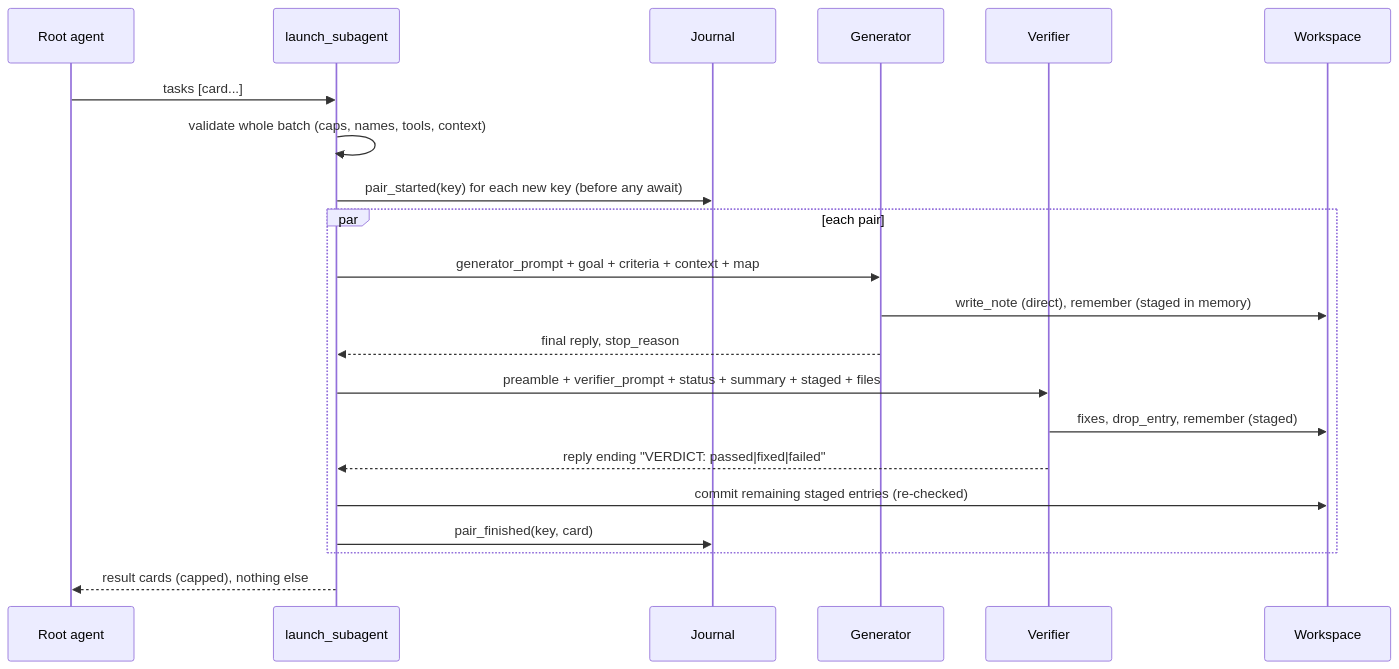
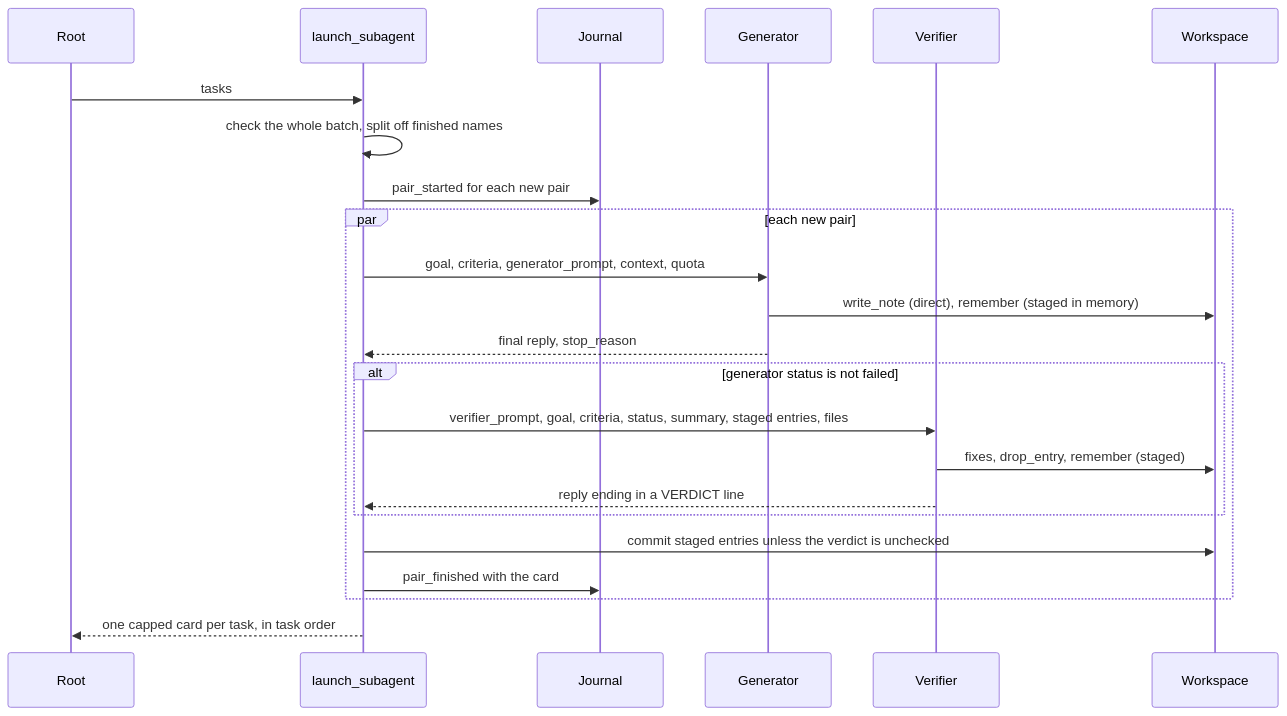
The second of 2 diagrams in docs/spec/infinite-memory-agent/spec.md (cerredz/Vidbyte-SDK), drawn with Mermaid before and after one commit. The commit also changed other lines of this file and 1 other file, not shown here.

Commit message:
docs(spec): finalize infinite-memory-agent for PR

````diff
--- a/docs/spec/infinite-memory-agent/spec.md
+++ b/docs/spec/infinite-memory-agent/spec.md
@@ -141,23 +149,25 @@
 ```mermaid
 sequenceDiagram
-  participant R as Root agent
+  participant R as Root
   participant T as launch_subagent
   participant J as Journal
   participant G as Generator
   participant V as Verifier
   participant W as Workspace
-  R->>T: tasks [card...]
-  T->>T: validate whole batch (caps, names, tools, context)
-  T->>J: pair_started(key) for each new key (before any await)
-  par each pair
-    T->>G: generator_prompt + goal + criteria + context + map
+  R->>T: tasks
+  T->>T: check the whole batch, split off finished names
+  T->>J: pair_started for each new pair
+  par each new pair
+    T->>G: goal, criteria, generator_prompt, context, quota
     G->>W: write_note (direct), remember (staged in memory)
     G-->>T: final reply, stop_reason
-    T->>V: preamble + verifier_prompt + status + summary + staged + files
-    V->>W: fixes, drop_entry, remember (staged)
-    V-->>T: reply ending "VERDICT: passed|fixed|failed"
-    T->>W: commit remaining staged entries (re-checked)
-    T->>J: pair_finished(key, card)
+    alt generator status is not failed
+      T->>V: verifier_prompt, goal, criteria, status, summary, staged entries, files
+      V->>W: fixes, drop_entry, remember (staged)
+      V-->>T: reply ending in a VERDICT line
+    end
+    T->>W: commit staged entries unless the verdict is unchecked
+    T->>J: pair_finished with the card
   end
-  T-->>R: result cards (capped), nothing else
+  T-->>R: one capped card per task, in task order
 ```
````
